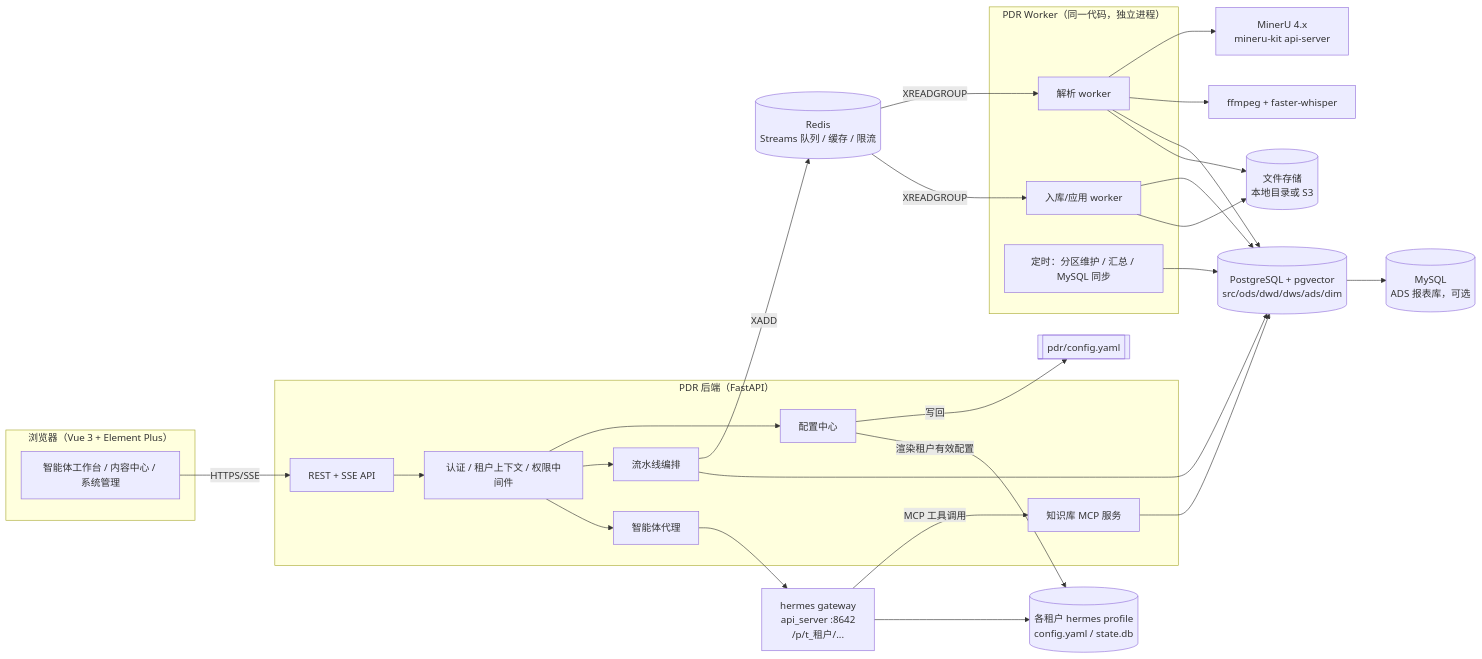
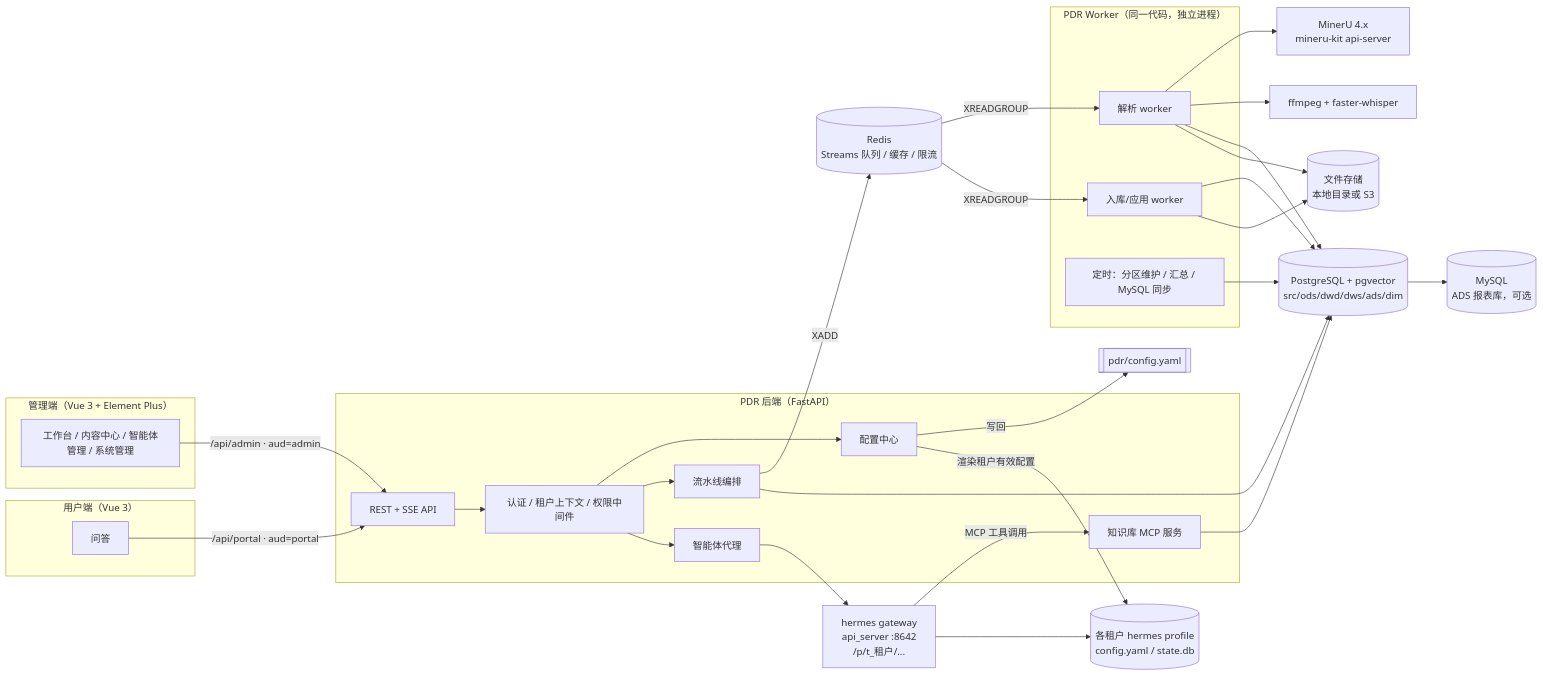
The first of 3 diagrams in pdr/docs/01-架构设计.md (NousResearch/hermes-agent), drawn with Mermaid before and after one commit. The commit also changed other lines of this file and 9 other files, not shown here.

First line of the commit message:
pdr: split admin and portal clients, add start_run.py launcher

````diff
--- a/pdr/docs/01-架构设计.md
+++ b/pdr/docs/01-架构设计.md
@@ -41,40 +48,44 @@
 ```mermaid
 flowchart LR
-  subgraph Browser["浏览器（Vue 3 + Element Plus）"]
-    UI[智能体工作台 / 内容中心 / 系统管理]
+  subgraph Admin["管理端（Vue 3 + Element Plus）"]
+    UI[工作台 / 内容中心 / 智能体管理 / 系统管理]
+  end
+  subgraph Portal["用户端（Vue 3）"]
+    QA[问答]
   end
   subgraph PDR["PDR 后端（FastAPI）"]
     API[REST + SSE API]
     MW[认证 / 租户上下文 / 权限中间件]
     CFG[配置中心]
     PIPE[流水线编排]
     PROXY[智能体代理]
     MCP[知识库 MCP 服务]
   end
   subgraph Workers["PDR Worker（同一代码，独立进程）"]
     W1[解析 worker]
     W2[入库/应用 worker]
     W3[定时：分区维护 / 汇总 / MySQL 同步]
   end
   PG[(PostgreSQL + pgvector<br/>src/ods/dwd/dws/ads/dim)]
   MY[(MySQL<br/>ADS 报表库，可选)]
   RD[(Redis<br/>Streams 队列 / 缓存 / 限流)]
   FS[(文件存储<br/>本地目录或 S3)]
   MU[MinerU 4.x<br/>mineru-kit api-server]
   FF[ffmpeg + faster-whisper]
   HG[hermes gateway<br/>api_server :8642<br/>/p/t_租户/...]
   HP[(各租户 hermes profile<br/>config.yaml / state.db)]
 
-  UI -->|HTTPS/SSE| API --> MW
+  UI -->|/api/admin · aud=admin| API --> MW
+  QA -->|/api/portal · aud=portal| API
   MW --> CFG & PIPE & PROXY
   CFG -->|写回| YAML[[pdr/config.yaml]]
   CFG -->|渲染租户有效配置| HP
   PIPE -->|XADD| RD
   RD -->|XREADGROUP| W1 & W2
   W1 --> MU & FF
   W1 & W2 & PIPE --> PG
   W1 & W2 --> FS
   W3 --> PG --> MY
   PROXY --> HG --> HP
   HG -->|MCP 工具调用| MCP --> PG
 ```
````
